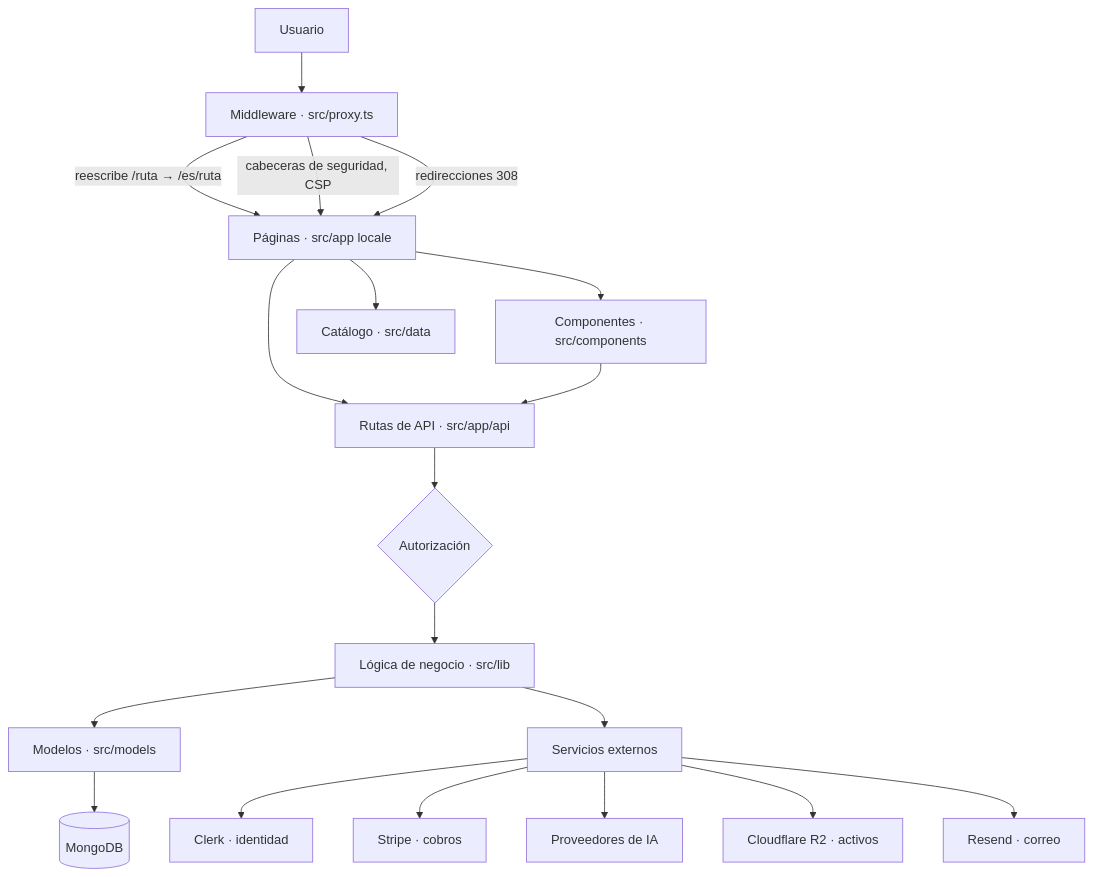
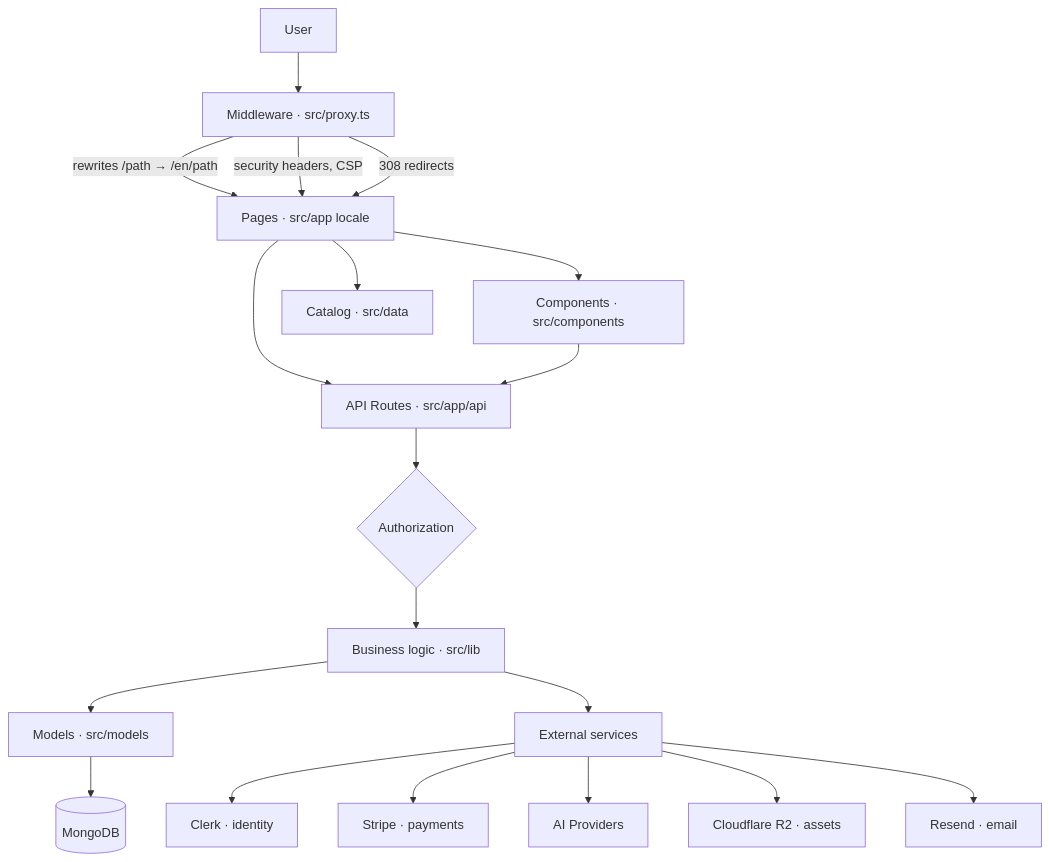
Before and after one commit to jggjosue/prompt-studio: the first of 6 diagrams in docs/ARCHITECTURE.md, drawn with Mermaid. The commit also changed other lines of this file and 8 other files, not shown here.

````diff
--- a/docs/ARCHITECTURE.md
+++ b/docs/ARCHITECTURE.md
@@ -11,25 +9,25 @@
 ```mermaid
 flowchart TD
-    U[Usuario] --> MW[Middleware · src/proxy.ts]
-    MW -->|reescribe /ruta → /es/ruta| P[Páginas · src/app locale]
-    MW -->|cabeceras de seguridad, CSP| P
-    MW -->|redirecciones 308| P
+    U[User] --> MW[Middleware · src/proxy.ts]
+    MW -->|rewrites /path → /en/path| P[Pages · src/app locale]
+    MW -->|security headers, CSP| P
+    MW -->|308 redirects| P
 
-    P --> C[Componentes · src/components]
-    P --> API[Rutas de API · src/app/api]
+    P --> C[Components · src/components]
+    P --> API[API Routes · src/app/api]
     C --> API
 
-    API --> AUTH{Autorización}
-    AUTH --> L[Lógica de negocio · src/lib]
-    L --> M[Modelos · src/models]
+    API --> AUTH{Authorization}
+    AUTH --> L[Business logic · src/lib]
+    L --> M[Models · src/models]
     M --> DB[(MongoDB)]
 
-    L --> EXT[Servicios externos]
-    EXT --> CLERK[Clerk · identidad]
-    EXT --> STRIPE[Stripe · cobros]
-    EXT --> IA[Proveedores de IA]
-    EXT --> R2[Cloudflare R2 · activos]
-    EXT --> MAIL[Resend · correo]
+    L --> EXT[External services]
+    EXT --> CLERK[Clerk · identity]
+    EXT --> STRIPE[Stripe · payments]
+    EXT --> IA[AI Providers]
+    EXT --> R2[Cloudflare R2 · assets]
+    EXT --> MAIL[Resend · email]
 
-    P --> DATA[Catálogo · src/data]
+    P --> DATA[Catalog · src/data]
 ```
````
